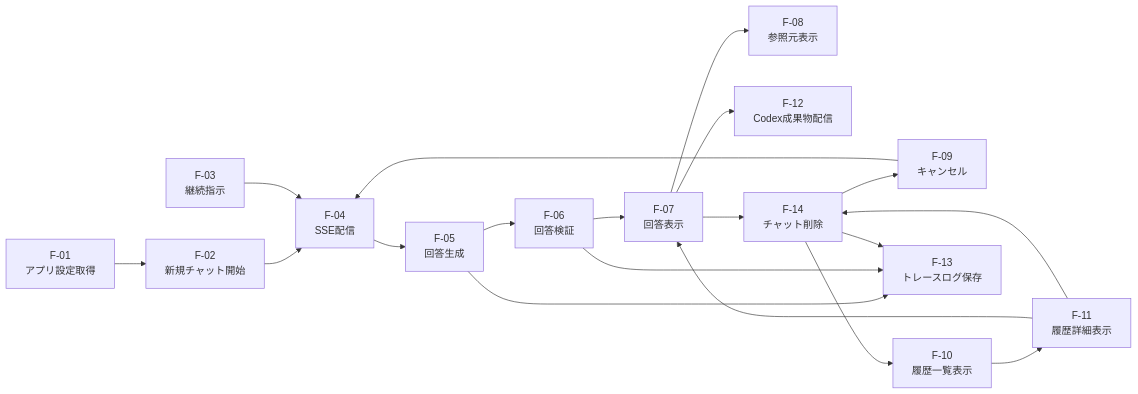
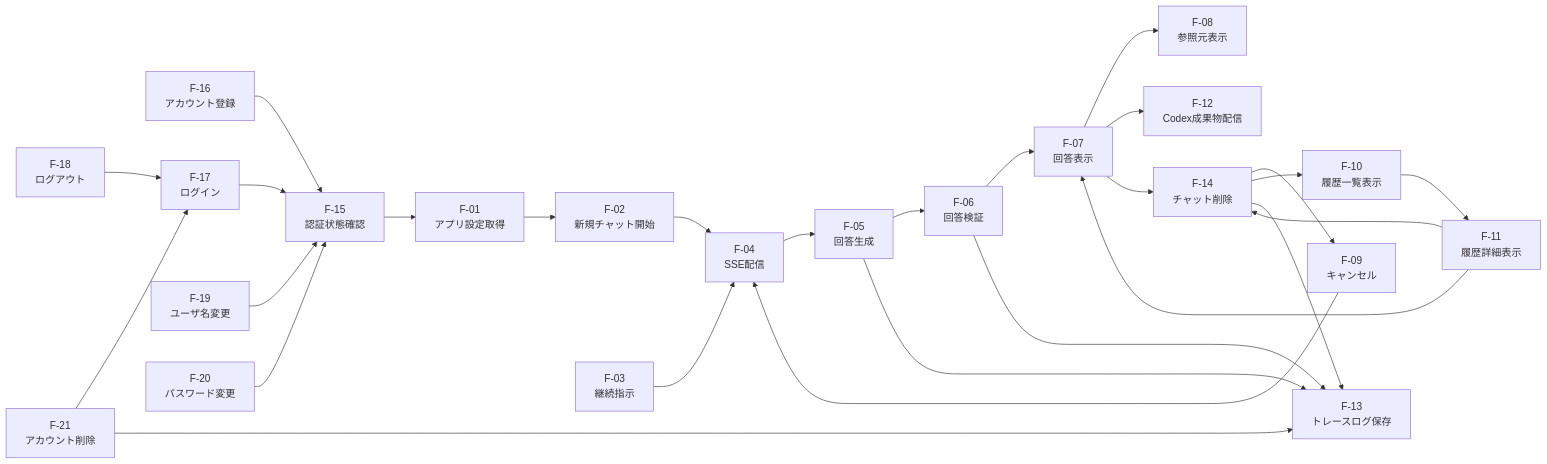
One commit to mincsys/D-Concierge changed the diagram in docs/02_外部設計/03_機能設計/機能一覧.md. Above: the diagram before and after it, drawn with Mermaid. The commit also changed other lines of this file and 83 other files, not shown here.

````diff
--- a/docs/02_外部設計/03_機能設計/機能一覧.md
+++ b/docs/02_外部設計/03_機能設計/機能一覧.md
@@ -34,36 +41,51 @@
 ```mermaid
 flowchart LR
     config["F-01<br>アプリ設定取得"]
     start["F-02<br>新規チャット開始"]
     follow["F-03<br>継続指示"]
     sse["F-04<br>SSE配信"]
     gen["F-05<br>回答生成"]
     val["F-06<br>回答検証"]
     show["F-07<br>回答表示"]
     source["F-08<br>参照元表示"]
     cancel["F-09<br>キャンセル"]
     histList["F-10<br>履歴一覧表示"]
     histDetail["F-11<br>履歴詳細表示"]
     codexArtifact["F-12<br>Codex成果物配信"]
     trace["F-13<br>トレースログ保存"]
     deleteChat["F-14<br>チャット削除"]
+    authMe["F-15<br>認証状態確認"]
+    register["F-16<br>アカウント登録"]
+    login["F-17<br>ログイン"]
+    logout["F-18<br>ログアウト"]
+    changeName["F-19<br>ユーザ名変更"]
+    changePassword["F-20<br>パスワード変更"]
+    deleteAccount["F-21<br>アカウント削除"]
 
+    register --> authMe
+    login --> authMe
+    authMe --> config
     config --> start
     start --> sse
     follow --> sse
     sse --> gen
     gen --> val
     val --> show
     show --> source
     show --> codexArtifact
     cancel --> sse
     histList --> histDetail
     histDetail --> show
     histDetail --> deleteChat
     show --> deleteChat
     deleteChat --> cancel
     deleteChat --> histList
     gen --> trace
     val --> trace
     deleteChat --> trace
+    logout --> login
+    changeName --> authMe
+    changePassword --> authMe
+    deleteAccount --> login
+    deleteAccount --> trace
 ```
````
